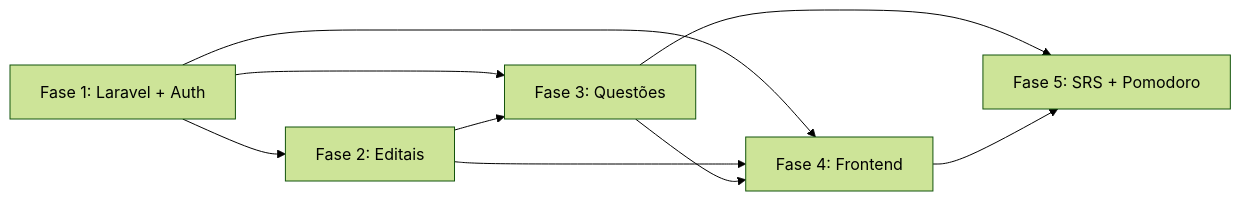
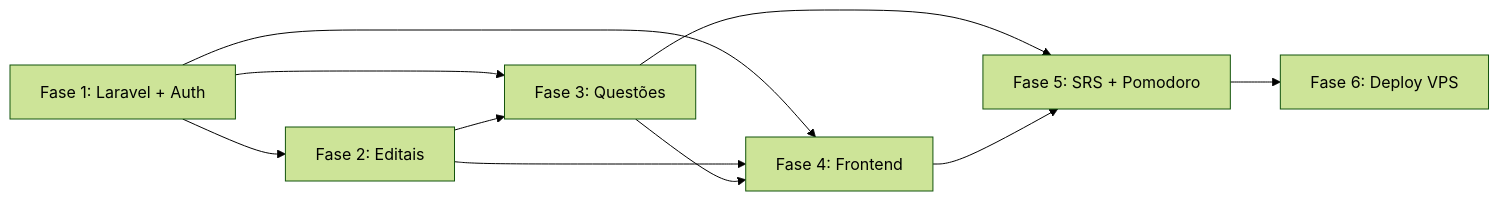
One commit to pwviptbl/QuestForge changed the diagram in docs/05-planejamento.md. Above: the diagram before and after it, drawn with Mermaid (forest theme). The commit also changed other lines of this file and 32 other files, not shown here.

````diff
--- a/docs/05-planejamento.md
+++ b/docs/05-planejamento.md
@@ -222,11 +249,12 @@
 ```mermaid
 graph LR
     F1[Fase 1: Laravel + Auth] --> F2[Fase 2: Editais]
     F1 --> F3[Fase 3: Questões]
     F2 --> F3
     F1 --> F4[Fase 4: Frontend]
     F2 --> F4
     F3 --> F4
     F3 --> F5[Fase 5: SRS + Pomodoro]
     F4 --> F5
+    F5 --> F6[Fase 6: Deploy VPS]
 ```
````
